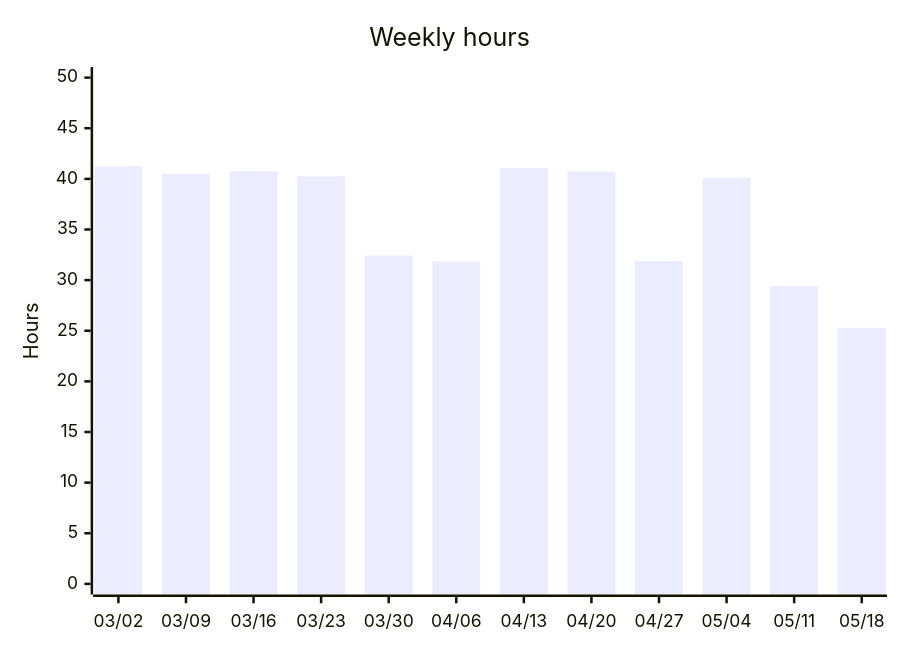
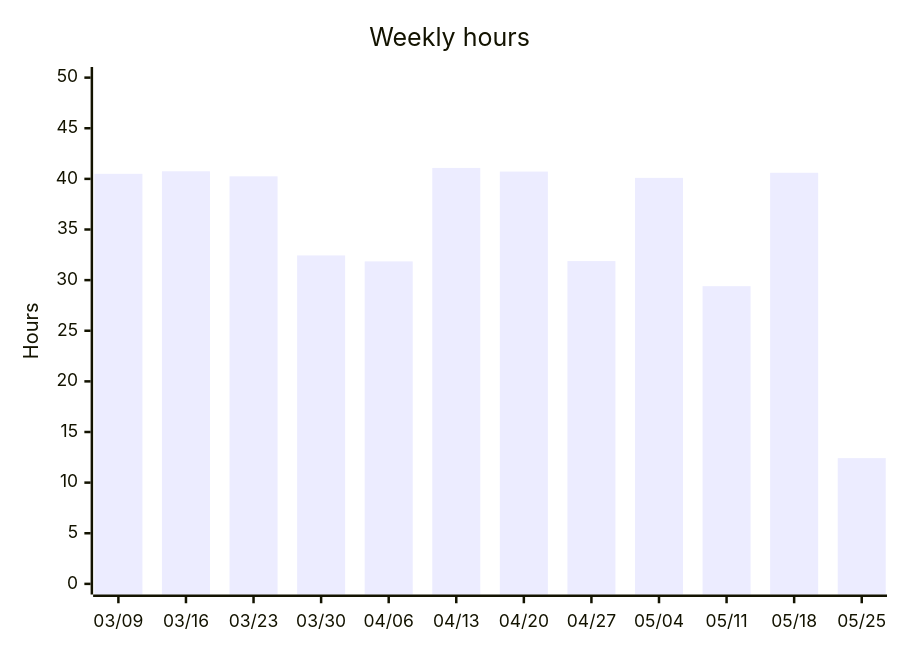
The third of 5 diagrams in README.org (albinforsberg-netizen/timeclock), drawn with Mermaid before and after one commit. The commit also changed other lines of this file, not shown here.

```diff
--- a/README.org
+++ b/README.org
@@ -103,7 +103,7 @@
 #+begin_src mermaid
 xychart-beta
     title "Weekly hours"
-    x-axis ["03/02", "03/09", "03/16", "03/23", "03/30", "04/06", "04/13", "04/20", "04/27", "05/04", "05/11", "05/18"]
+    x-axis ["03/09", "03/16", "03/23", "03/30", "04/06", "04/13", "04/20", "04/27", "05/04", "05/11", "05/18", "05/25"]
     y-axis "Hours" 0 --> 50
-    bar [41.25, 40.50, 40.75, 40.25, 32.44, 31.85, 41.08, 40.72, 31.88, 40.10, 29.40, 25.29]
+    bar [40.50, 40.75, 40.25, 32.44, 31.85, 41.08, 40.72, 31.88, 40.10, 29.40, 40.60, 12.42]
 #+end_src
```
